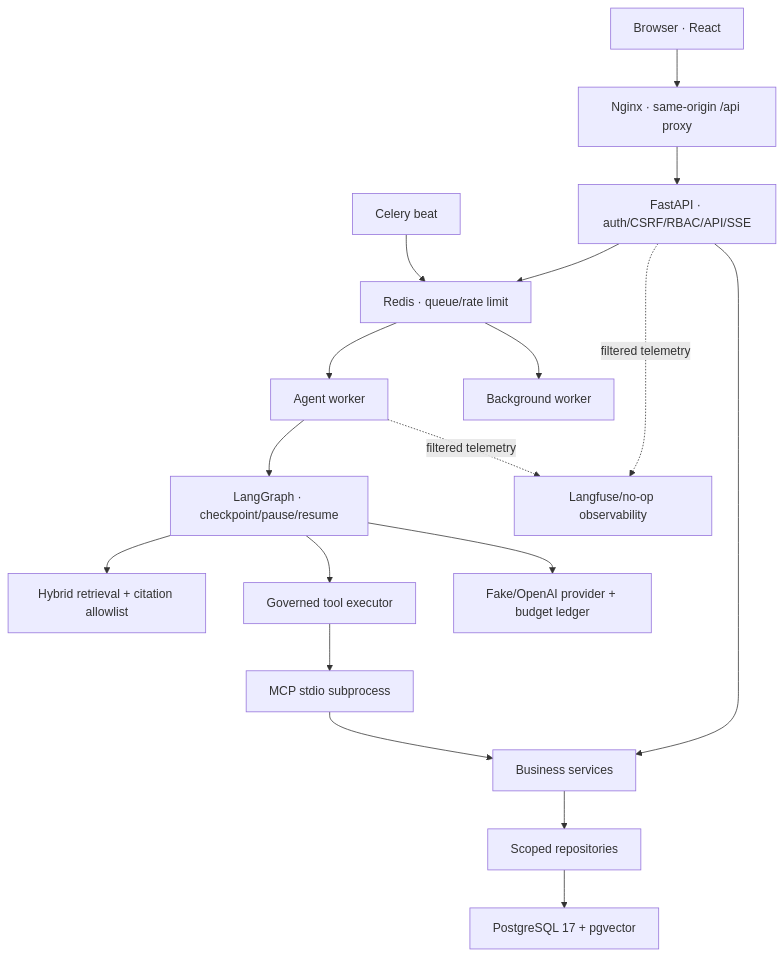
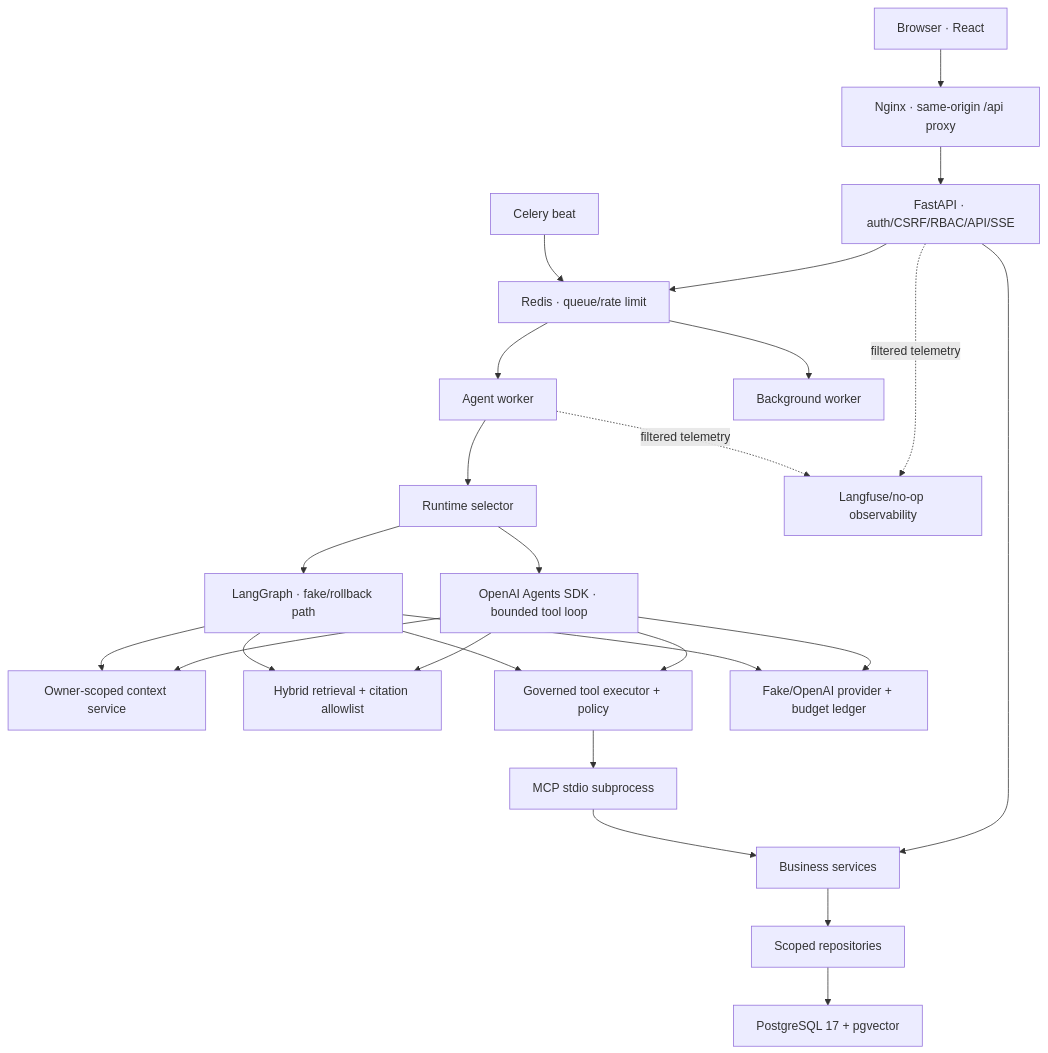
The diagram in docs/architecture.md (trunglap923/IT-Support-Agent-Platform), drawn with Mermaid before and after one commit. The commit also changed other lines of this file and 31 other files, not shown here.

Commit message:
feat(agent): add bounded Agents SDK orchestrator

````diff
--- a/docs/architecture.md
+++ b/docs/architecture.md
@@ -7,20 +7,27 @@
 ```mermaid
 flowchart TD
     UI["Browser · React"] --> NGINX["Nginx · same-origin /api proxy"]
     NGINX --> API["FastAPI · auth/CSRF/RBAC/API/SSE"]
     API --> SVC["Business services"]
     SVC --> REPO["Scoped repositories"]
     REPO --> PG["PostgreSQL 17 + pgvector"]
     API --> REDIS["Redis · queue/rate limit"]
     BEAT["Celery beat"] --> REDIS
     REDIS --> AW["Agent worker"]
     REDIS --> BW["Background worker"]
-    AW --> GRAPH["LangGraph · checkpoint/pause/resume"]
-    GRAPH --> RAG["Hybrid retrieval + citation allowlist"]
-    GRAPH --> EXEC["Governed tool executor"]
+    AW --> RUNTIME["Runtime selector"]
+    RUNTIME --> SDK["OpenAI Agents SDK · bounded tool loop"]
+    RUNTIME --> GRAPH["LangGraph · fake/rollback path"]
+    SDK --> CTX["Owner-scoped context service"]
+    GRAPH --> CTX
+    SDK --> RAG["Hybrid retrieval + citation allowlist"]
+    GRAPH --> RAG
+    SDK --> EXEC["Governed tool executor + policy"]
+    GRAPH --> EXEC
     EXEC --> MCP["MCP stdio subprocess"]
     MCP --> SVC
-    GRAPH --> MODEL["Fake/OpenAI provider + budget ledger"]
+    SDK --> MODEL["Fake/OpenAI provider + budget ledger"]
+    GRAPH --> MODEL
     API -. filtered telemetry .-> OBS["Langfuse/no-op observability"]
     AW -. filtered telemetry .-> OBS
 ```
````
